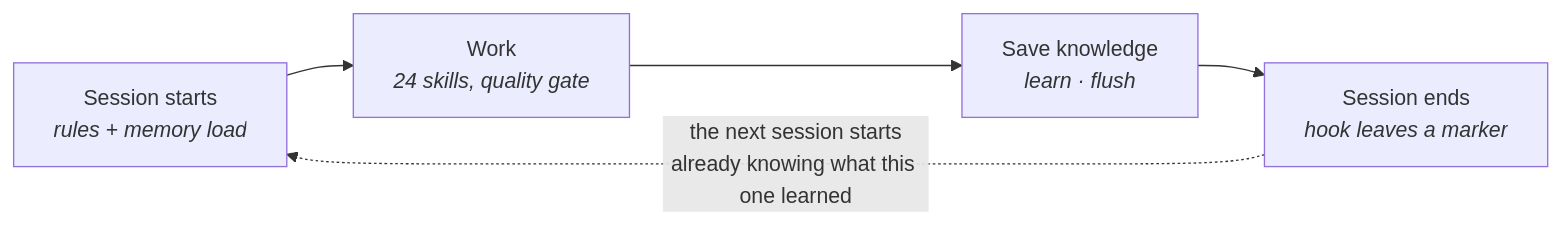
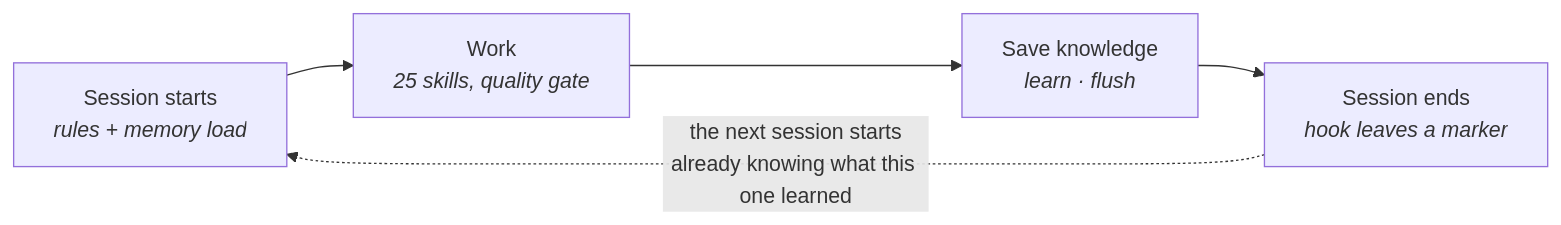
Before and after one commit to selawood-web/claude-code-generic-guide: the first of 4 diagrams in SYSTEM-OVERVIEW.md, drawn with Mermaid. The commit also changed other lines of this file and 5 other files, not shown here.

````diff
--- a/SYSTEM-OVERVIEW.md
+++ b/SYSTEM-OVERVIEW.md
@@ -36,7 +36,7 @@
 ```mermaid
 flowchart LR
-    A["Session starts<br/><i>rules + memory load</i>"] --> B["Work<br/><i>24 skills, quality gate</i>"]
+    A["Session starts<br/><i>rules + memory load</i>"] --> B["Work<br/><i>25 skills, quality gate</i>"]
     B --> C["Save knowledge<br/><i>learn · flush</i>"]
     C --> D["Session ends<br/><i>hook leaves a marker</i>"]
     D -. "the next session starts<br/>already knowing what this one learned" .-> A
 ```
````
